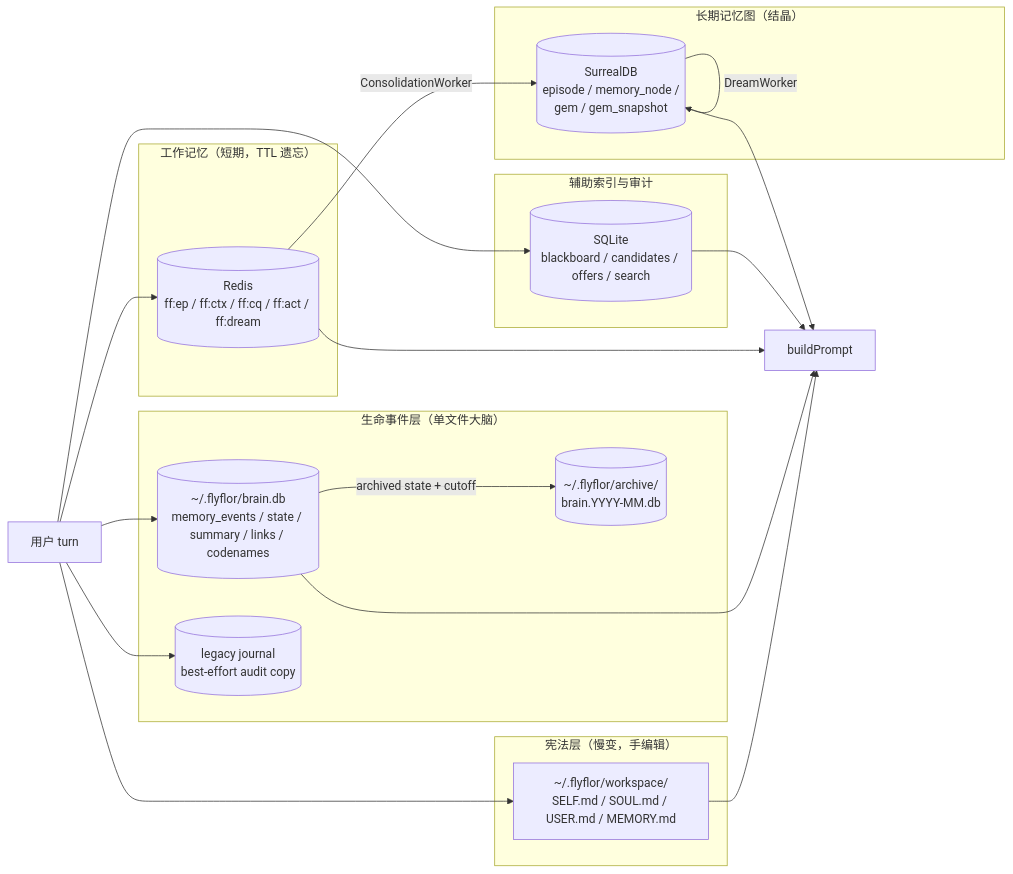
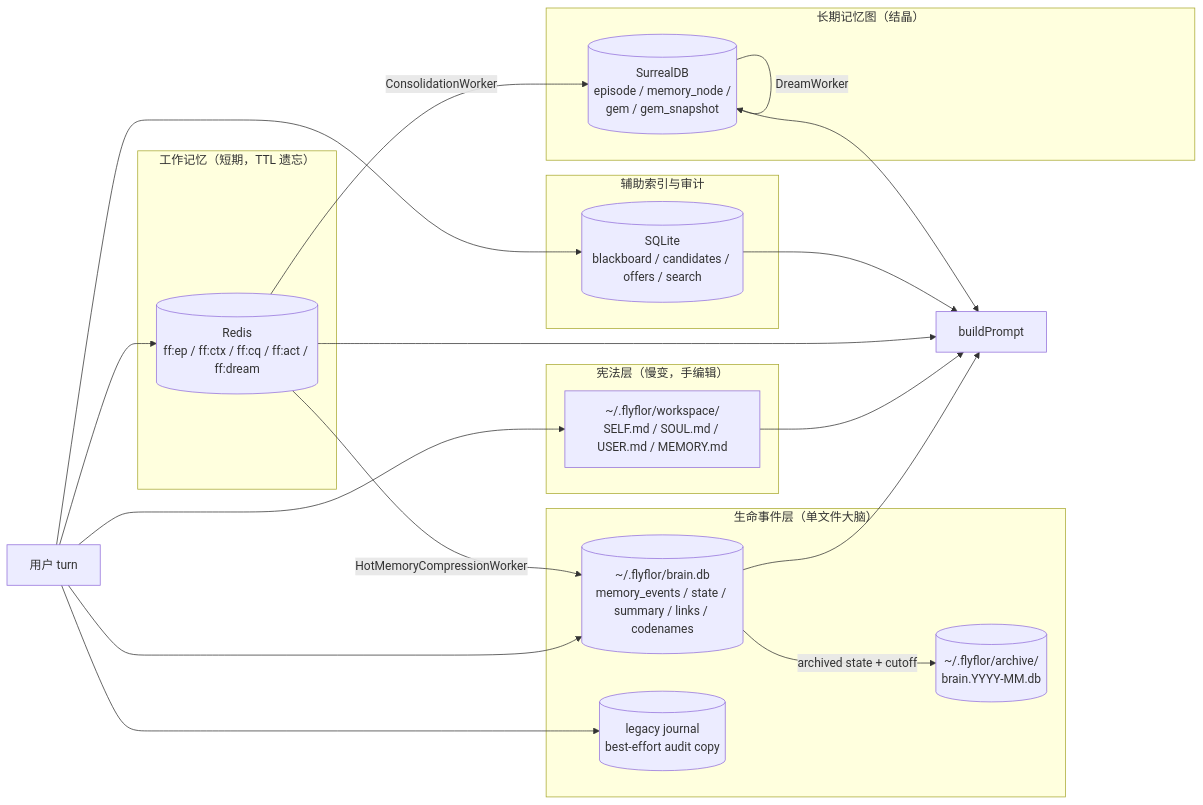
Before and after one commit to flyflor/flyflor: the first of 5 diagrams in docs/memory.system.md, drawn with Mermaid. The commit also changed other lines of this file and 129 other files, not shown here.

````diff
--- a/docs/memory.system.md
+++ b/docs/memory.system.md
@@ -30,38 +31,39 @@
 ```mermaid
 flowchart LR
     subgraph Constitutional["宪法层（慢变，手编辑）"]
         Markdown["~/.flyflor/workspace/<br/>SELF.md / SOUL.md / USER.md / MEMORY.md"]
     end
 
     subgraph Working["工作记忆（短期，TTL 遗忘）"]
         Redis[("Redis<br/>ff:ep / ff:ctx / ff:cq / ff:act / ff:dream")]
     end
 
     subgraph Life["生命事件层（单文件大脑）"]
         Brain[("~/.flyflor/brain.db<br/>memory_events / state / summary / links / codenames")]
         Archive[("~/.flyflor/archive/<br/>brain.YYYY-MM.db")]
         Journal[("legacy journal<br/>best-effort audit copy")]
     end
 
     subgraph Index["辅助索引与审计"]
         SQLite[("SQLite<br/>blackboard / candidates / offers / search")]
     end
 
     subgraph LongTerm["长期记忆图（结晶）"]
         Surreal[("SurrealDB<br/>episode / memory_node /<br/>gem / gem_snapshot")]
     end
 
     User["用户 turn"] --> Brain
     Brain -- archived state + cutoff --> Archive
     User --> Journal
     User --> Redis
     Redis -- ConsolidationWorker --> Surreal
+    Redis -- HotMemoryCompressionWorker --> Brain
     Surreal -- DreamWorker --> Surreal
     User --> Markdown
     User --> SQLite
     Markdown --> Prompt["buildPrompt"]
     Brain --> Prompt
     Redis --> Prompt
     Surreal --> Prompt
     SQLite --> Prompt
 ```
````
